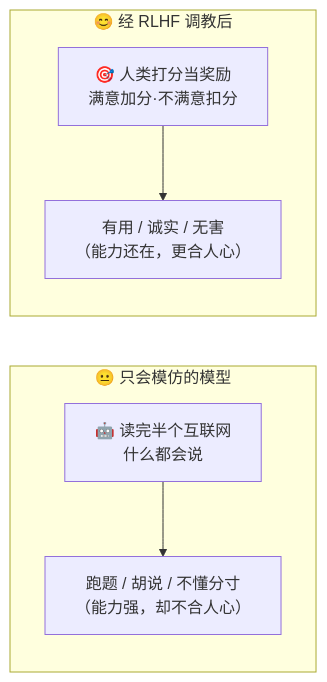
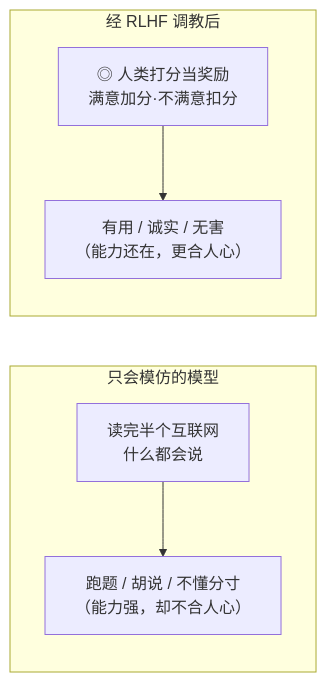
The first of 5 diagrams in docs/02_CONCEPTS_概念入门/CONCEPT/[CONCEPT-26] 什么是强化学习-RLHF.md (luckykhy/KhyAiHub), drawn with Mermaid before and after one commit. The commit also changed other lines of this file and 19 other files, not shown here.

````diff
--- a/docs/02_CONCEPTS_概念入门/CONCEPT/[CONCEPT-26] 什么是强化学习-RLHF.md
+++ b/docs/02_CONCEPTS_概念入门/CONCEPT/[CONCEPT-26] 什么是强化学习-RLHF.md
@@ -41,9 +41,9 @@
 ```mermaid
 flowchart LR
-  subgraph 只模仿["😐 只会模仿的模型"]
-    RAW["🤖 读完半个互联网<br/>什么都会说"] --> BAD["跑题 / 胡说 / 不懂分寸<br/>（能力强，却不合人心）"]
+  subgraph 只模仿["只会模仿的模型"]
+    RAW["读完半个互联网<br/>什么都会说"] --> BAD["跑题 / 胡说 / 不懂分寸<br/>（能力强，却不合人心）"]
   end
-  subgraph 赏罚后["😊 经 RLHF 调教后"]
-    ALIGN["🎯 人类打分当奖励<br/>满意加分·不满意扣分"] --> GOOD["有用 / 诚实 / 无害<br/>（能力还在，更合人心）"]
+  subgraph 赏罚后["经 RLHF 调教后"]
+    ALIGN["◎ 人类打分当奖励<br/>满意加分·不满意扣分"] --> GOOD["有用 / 诚实 / 无害<br/>（能力还在，更合人心）"]
   end
 ```
````
